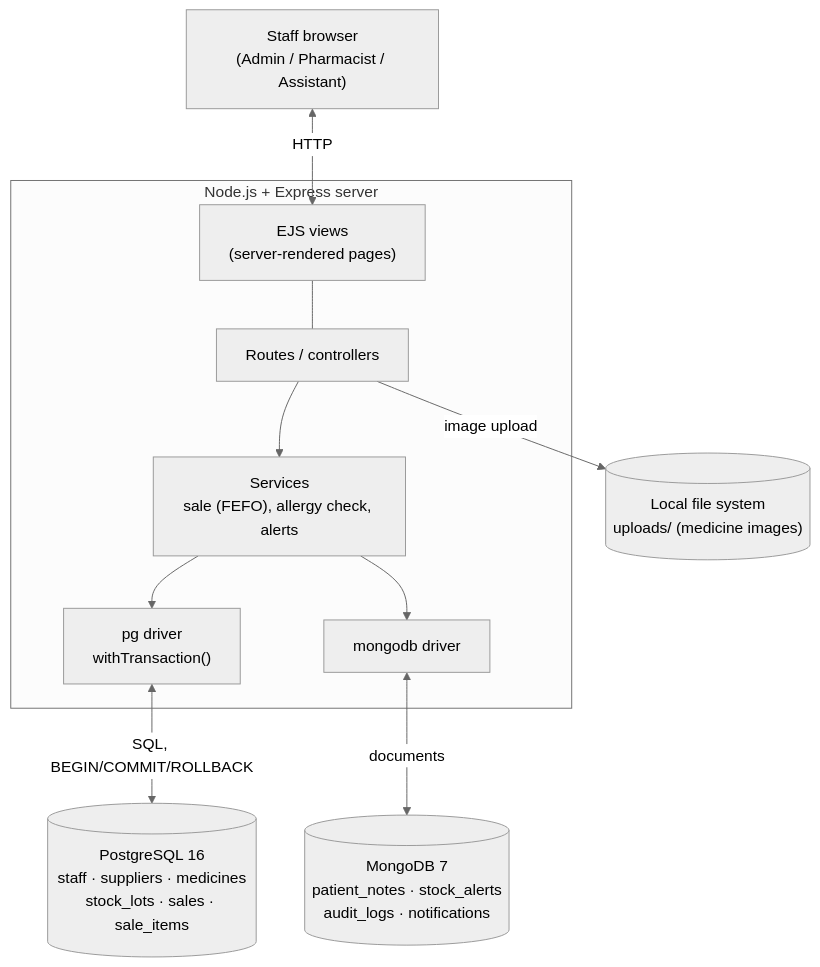
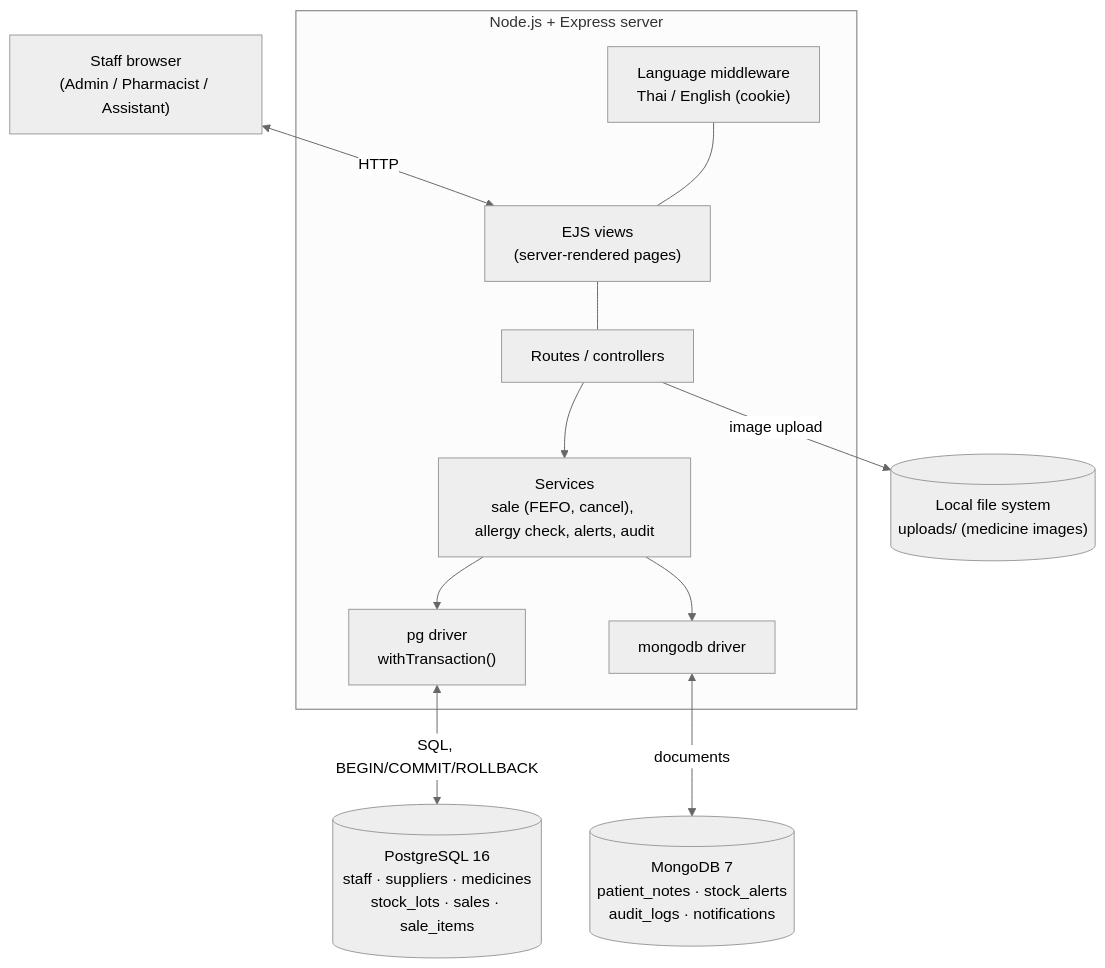
The first of 2 diagrams in docs/diagrams/architecture.md (PiyapongAusawarachan/Pharmacy-Inventory), drawn with Mermaid (neutral theme) before and after one commit. The commit also changed other lines of this file and 97 other files, not shown here.

First line of the commit message:
Add sales, patients, records, Thai/English UI, PharmCare-style design; split folders

````diff
--- a/docs/diagrams/architecture.md
+++ b/docs/diagrams/architecture.md
@@ -5,25 +5,27 @@
 ```mermaid
 flowchart TB
     U["Staff browser<br/>(Admin / Pharmacist / Assistant)"]
 
     subgraph APP["Node.js + Express server"]
         V["EJS views<br/>(server-rendered pages)"]
         R["Routes / controllers"]
-        S["Services<br/>sale (FEFO), allergy check, alerts"]
+        S["Services<br/>sale (FEFO, cancel), allergy check, alerts, audit"]
+        I["Language middleware<br/>Thai / English (cookie)"]
         PGD["pg driver<br/>withTransaction()"]
         MGD["mongodb driver"]
     end
 
     FS[("Local file system<br/>uploads/ (medicine images)")]
     PG[("PostgreSQL 16<br/>staff · suppliers · medicines<br/>stock_lots · sales · sale_items")]
     MG[("MongoDB 7<br/>patient_notes · stock_alerts<br/>audit_logs · notifications")]
 
     U <-->|HTTP| V
     V --- R
+    I --- V
     R --> S
     S --> PGD
     S --> MGD
     R -->|image upload| FS
     PGD <-->|SQL, BEGIN/COMMIT/ROLLBACK| PG
     MGD <-->|documents| MG
 ```
````
